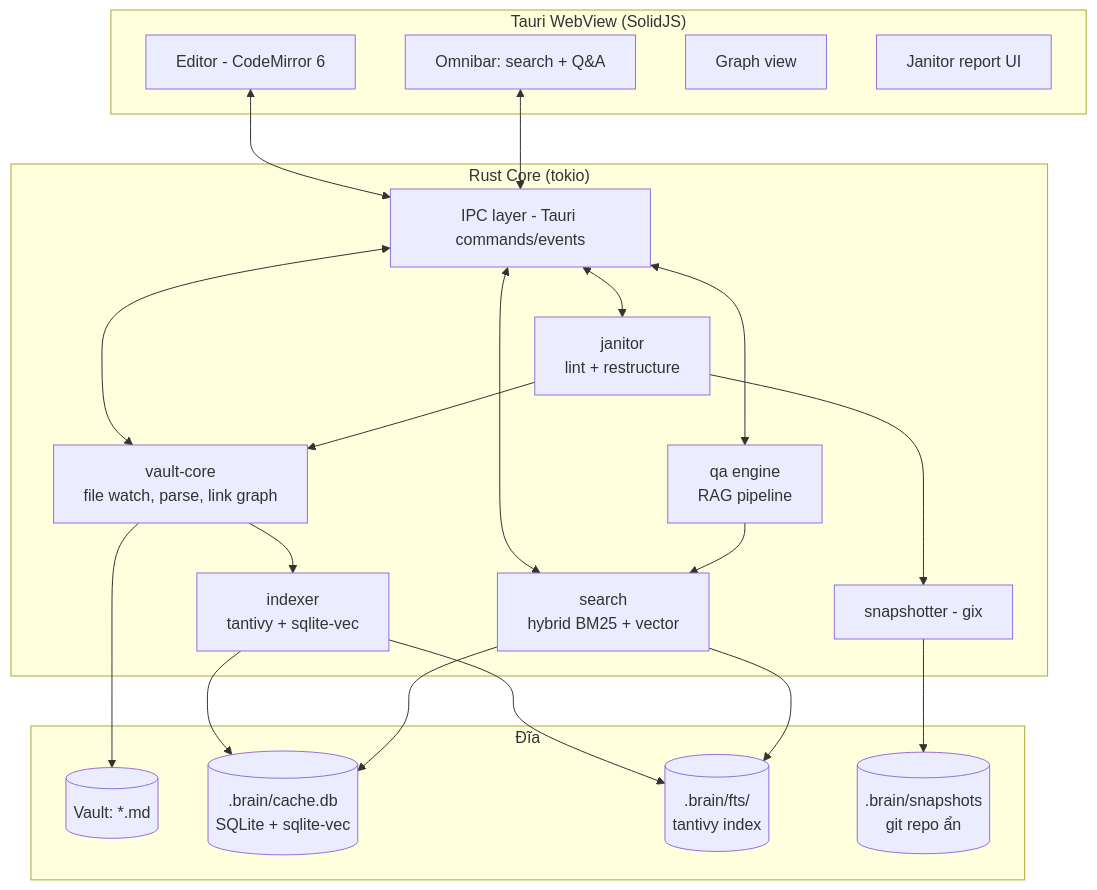
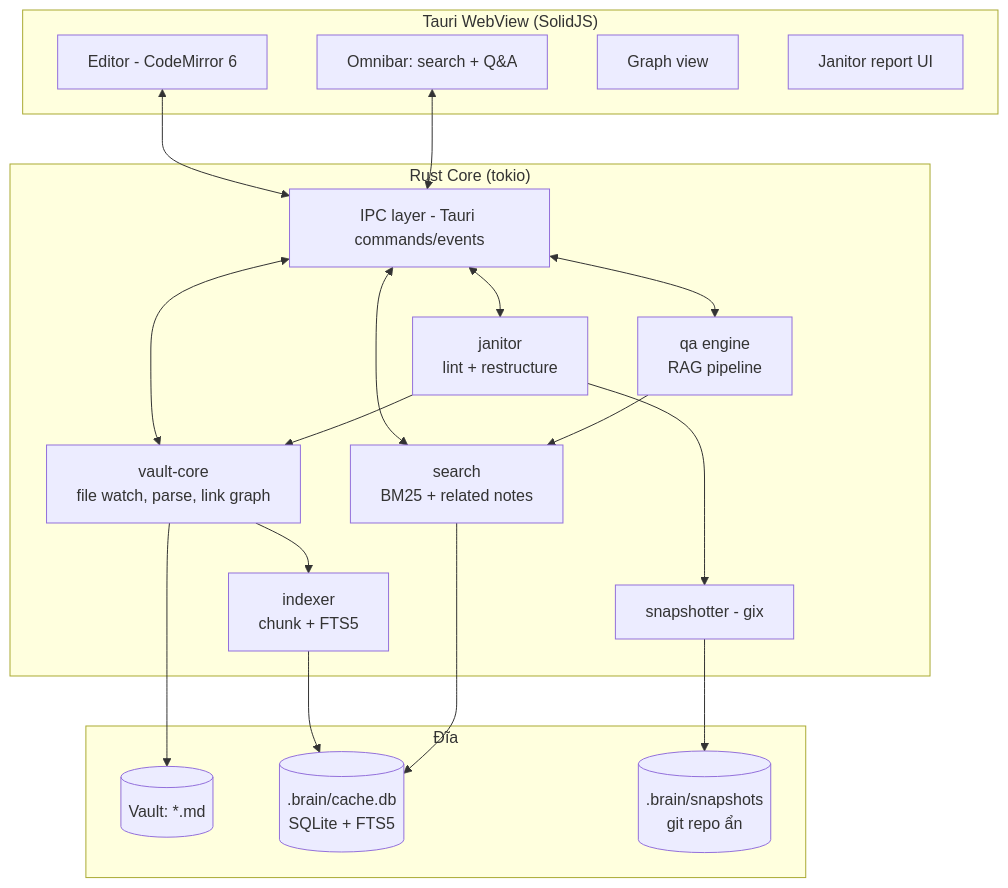
Before and after one commit to ngocp-0847/second-brain: the first of 2 diagrams in ARCHITECTURE.md, drawn with Mermaid. The commit also changed other lines of this file and 39 other files, not shown here.

````diff
--- a/ARCHITECTURE.md
+++ b/ARCHITECTURE.md
@@ -52,37 +50,36 @@
 ```mermaid
 flowchart TB
     subgraph UI["Tauri WebView (SolidJS)"]
         ED[Editor - CodeMirror 6]
         OMNI[Omnibar: search + Q&A]
         GRAPH[Graph view]
         REPORT[Janitor report UI]
     end
 
     subgraph CORE["Rust Core (tokio)"]
         IPC[IPC layer - Tauri commands/events]
         VAULT[vault-core<br/>file watch, parse, link graph]
-        INDEX[indexer<br/>tantivy + sqlite-vec]
-        SEARCH[search<br/>hybrid BM25 + vector]
+        INDEX[indexer<br/>chunk + FTS5]
+        SEARCH[search<br/>BM25 + related notes]
         QA[qa engine<br/>RAG pipeline]
         JANITOR[janitor<br/>lint + restructure]
         SNAP[snapshotter - gix]
     end
 
     subgraph DISK["Đĩa"]
         MD[(Vault: *.md)]
-        DB[(.brain/cache.db<br/>SQLite + sqlite-vec)]
-        TANT[(.brain/fts/<br/>tantivy index)]
+        DB[(.brain/cache.db<br/>SQLite + FTS5)]
         GIT[(.brain/snapshots<br/>git repo ẩn)]
     end
 
     ED <--> IPC
     OMNI <--> IPC
     IPC <--> VAULT & SEARCH & QA & JANITOR
     VAULT --> MD
     VAULT --> INDEX
-    INDEX --> DB & TANT
-    SEARCH --> DB & TANT
+    INDEX --> DB
+    SEARCH --> DB
     QA --> SEARCH
     JANITOR --> VAULT & SNAP
     SNAP --> GIT
 ```
````
